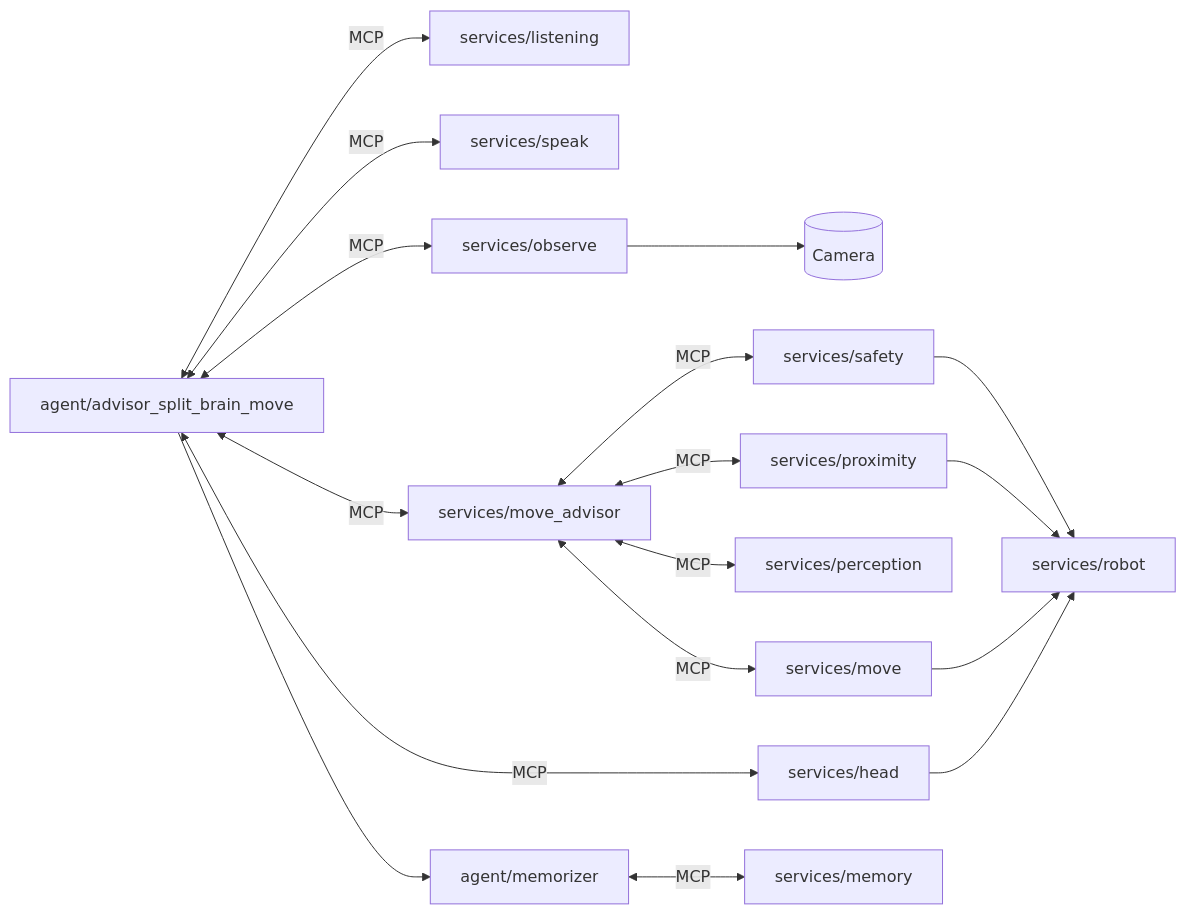
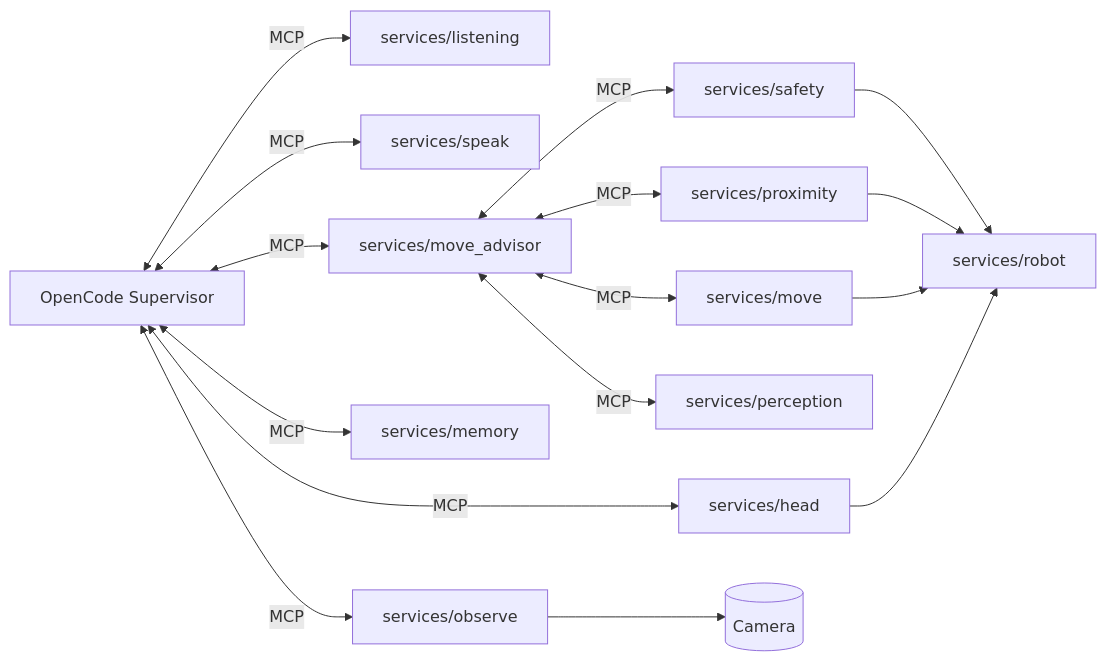
One commit to SeEngel/pi_rc_bot changed the first of 2 diagrams in README.md. Above: the diagram before and after it, drawn with Mermaid. The commit also changed other lines of this file and 112 other files, not shown here.

````diff
--- a/README.md
+++ b/README.md
@@ -166,23 +109,20 @@
 ```mermaid
 flowchart LR
-    A[agent/advisor_split_brain_move] <-- MCP --> L[services/listening]
-    A <-- MCP --> S[services/speak]
-    A <-- MCP --> O[services/observe]
-    A <-- MCP --> MA[services/move_advisor]
-
-    A <-- MCP --> H[services/head]
-
-    A --> MM[agent/memorizer]
-    MM <-- MCP --> MEM[services/memory]
+    OC[OpenCode Supervisor] <-- MCP --> L[services/listening]
+    OC <-- MCP --> S[services/speak]
+    OC <-- MCP --> O[services/observe]
+    OC <-- MCP --> MEM[services/memory]
+    OC <-- MCP --> MA[services/move_advisor]
+    OC <-- MCP --> H[services/head]
 
     MA <-- MCP --> SA[services/safety]
     MA <-- MCP --> PX[services/proximity]
     MA <-- MCP --> PC[services/perception]
     MA <-- MCP --> MV[services/move]
 
     SA --> R[services/robot]
     PX --> R
     MV --> R
     H --> R
     O --> CAM[(Camera)]
 ```
````
